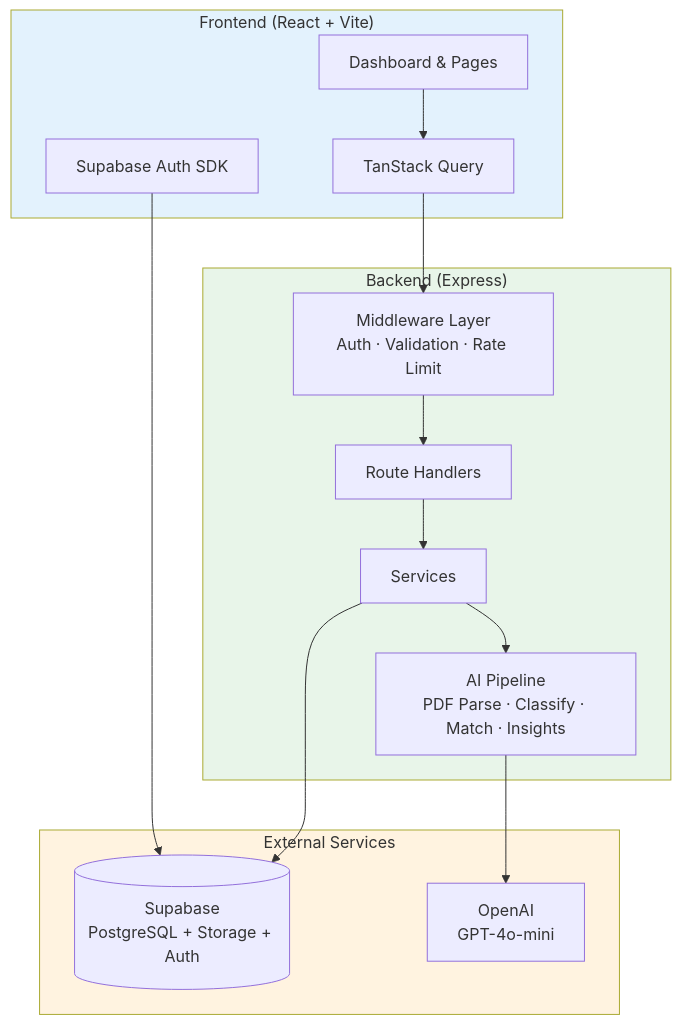
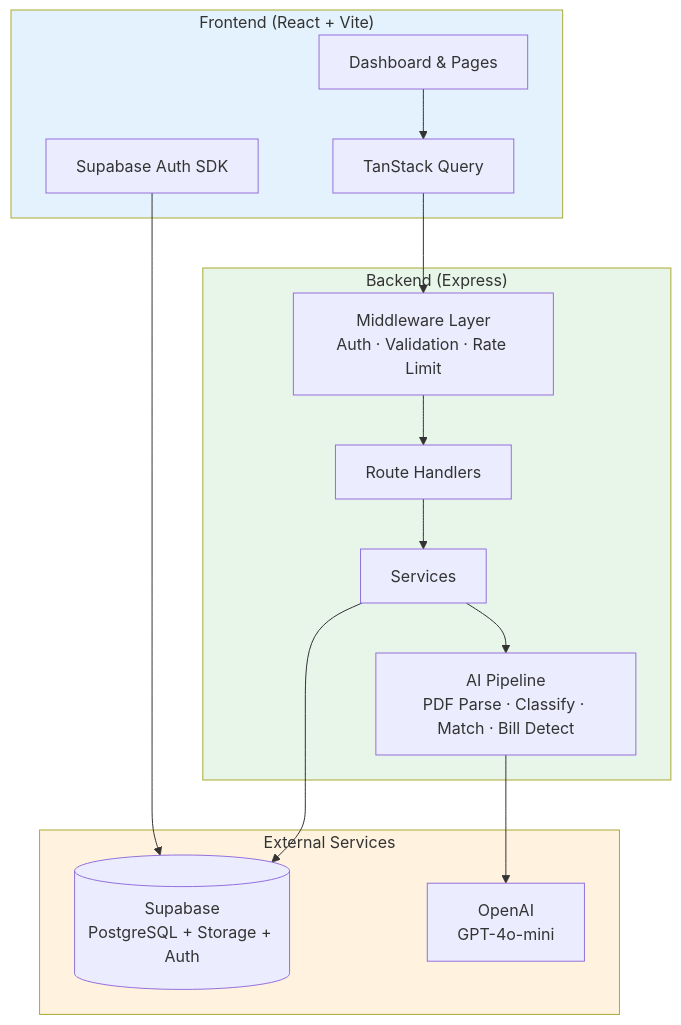
One commit to mjmitchell86/Spendoza changed the first of 11 diagrams in README.md. Above: the diagram before and after it, drawn with Mermaid. The commit also changed other lines of this file, not shown here.

First line of the commit message:
docs: update README with full feature set and mermaid diagrams

````diff
--- a/README.md
+++ b/README.md
@@ -9,33 +9,33 @@
 ```mermaid
 flowchart TB
     subgraph Client["Frontend (React + Vite)"]
         UI[Dashboard & Pages]
         RQ[TanStack Query]
         SBAuth[Supabase Auth SDK]
     end
 
     subgraph Server["Backend (Express)"]
         MW[Middleware Layer<br/>Auth · Validation · Rate Limit]
         Routes[Route Handlers]
         Services[Services]
-        AI[AI Pipeline<br/>PDF Parse · Classify · Match · Insights]
+        AI[AI Pipeline<br/>PDF Parse · Classify · Match · Bill Detect]
     end
 
     subgraph External["External Services"]
         SB[(Supabase<br/>PostgreSQL + Storage + Auth)]
         OAI[OpenAI<br/>GPT-4o-mini]
     end
 
     UI --> RQ
     RQ --> MW
     SBAuth --> SB
     MW --> Routes
     Routes --> Services
     Services --> SB
     AI --> OAI
     Services --> AI
 
     style Client fill:#e3f2fd
     style Server fill:#e8f5e9
     style External fill:#fff3e0
 ```
````
